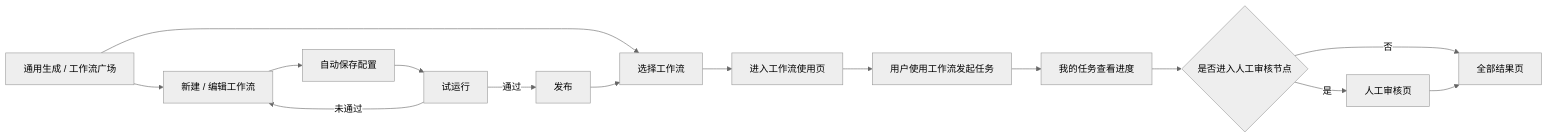
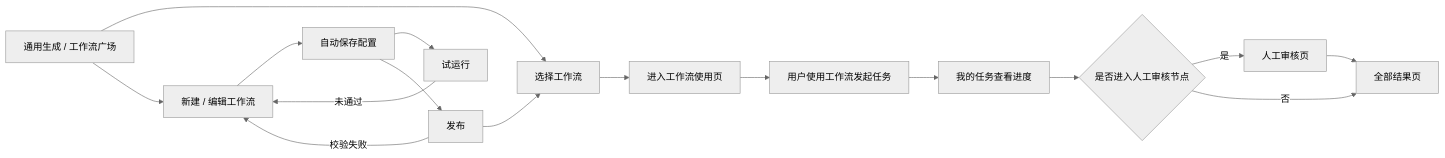
Before and after one commit to 1204TMax/sucai: the first of 3 diagrams in 文档/工作流/工作流详细需求说明文档.md, drawn with Mermaid (neutral theme). The commit also changed other lines of this file and 2 other files, not shown here.

````diff
--- a/文档/工作流/工作流详细需求说明文档.md
+++ b/文档/工作流/工作流详细需求说明文档.md
@@ -29,19 +29,20 @@
 ```mermaid
 flowchart LR
   A[通用生成 / 工作流广场] --> B[选择工作流]
   A --> C[新建 / 编辑工作流]
   B --> U[进入工作流使用页]
   C --> D[自动保存配置]
   D --> E[试运行]
-  E -->|通过| F[发布]
+  D --> F[发布]
   E -->|未通过| C
+  F -->|校验失败| C
   F --> B
   U --> G[用户使用工作流发起任务]
   G --> H[我的任务查看进度]
   H --> I{是否进入人工审核节点}
   I -->|是| J[人工审核页]
   I -->|否| K[全部结果页]
   J --> K
 
 
 ```
````
